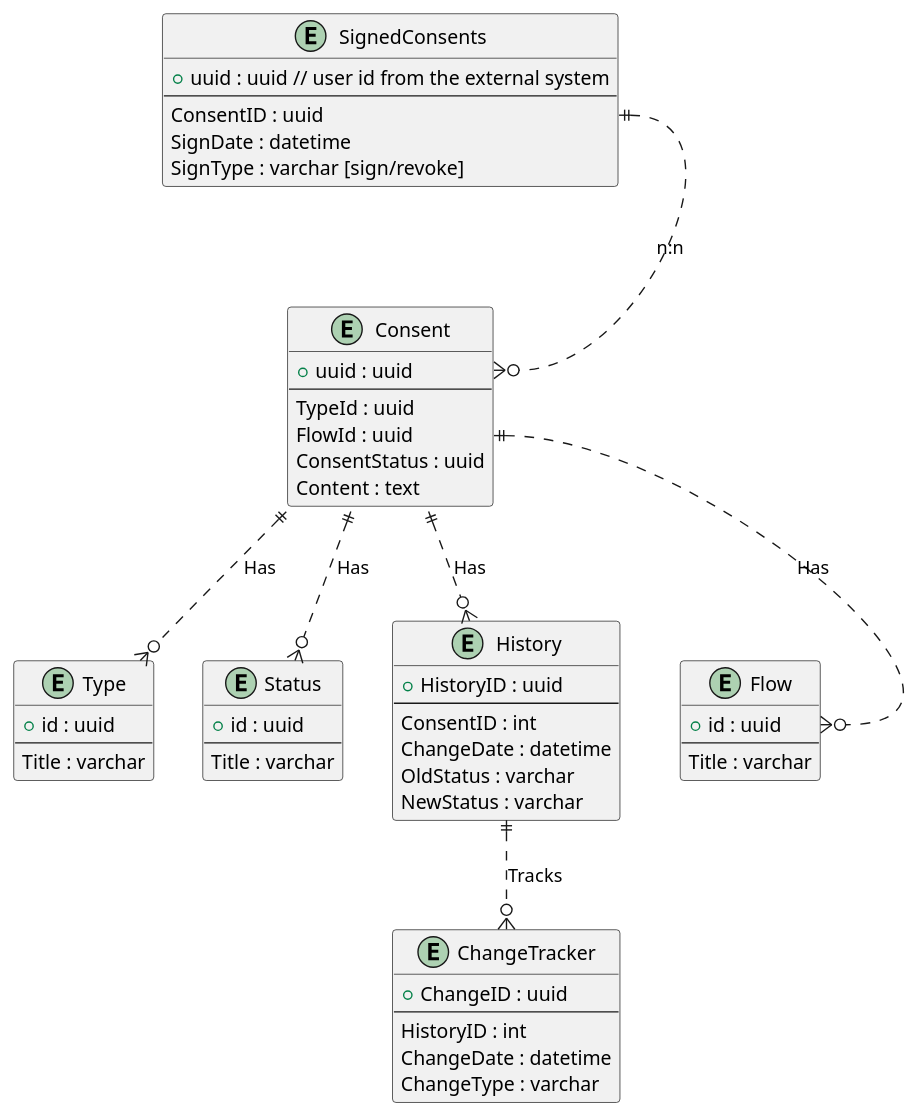
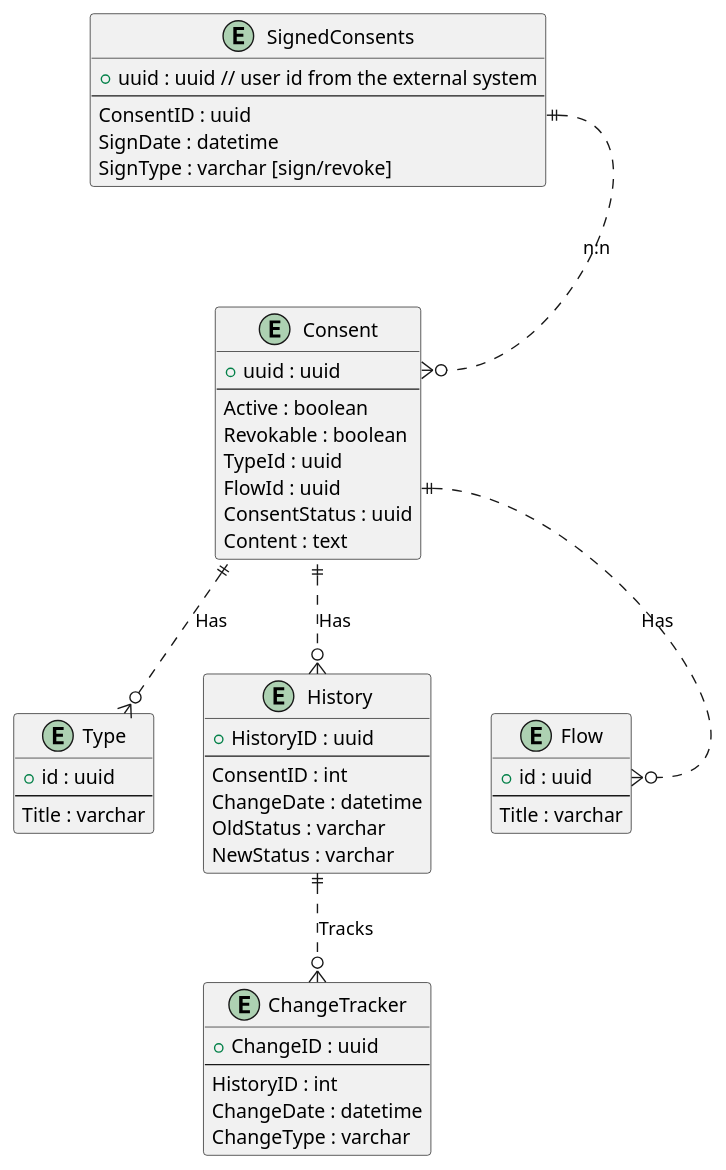
The diagram in docs/er.puml (msfs11/ConsentManager), drawn with PlantUML before and after one commit. The commit also changed 5 other files, not shown here.

Commit message:
Consent management diagrams

```diff
--- a/docs/er.puml
+++ b/docs/er.puml
@@ -1,62 +1,58 @@
 @startuml ER diagram
 
 entity "Consent" as consent {
   + uuid : uuid
   --
+  Active : boolean
+  Revokable : boolean
   TypeId : uuid
   FlowId : uuid
   ConsentStatus : uuid
   Content : text
-}
-
-entity "Status" as status {
-  + id : uuid
-  --
-  Title : varchar
 }
 
 entity "Type" as type {
   + id : uuid
   --
   Title : varchar
 }
 
 entity "Flow" as flow {
   + id : uuid
   --
   Title : varchar
 }
 
 entity "History" as history {
   + HistoryID : uuid
   --
   ConsentID : int
   ChangeDate : datetime
   OldStatus : varchar
   NewStatus : varchar
 }
 
 entity "ChangeTracker" as tracker {
   + ChangeID : uuid
   --
   HistoryID : int
   ChangeDate : datetime
   ChangeType : varchar
 }
 
 entity "SignedConsents" as signed {
   + uuid : uuid // user id from the external system
   --
   ConsentID : uuid
   SignDate : datetime
   SignType : varchar [sign/revoke]
 }
 
 signed::ConsentID ||..o{ consent::uuid : n:n
 consent ||..o{ history : Has
 consent ||..o{ type : Has
 consent::FlowId ||..o{ flow::uuid : Has
-consent ||..o{ status : Has
+
 history ||..o{ tracker : Tracks
 
 @enduml
```
